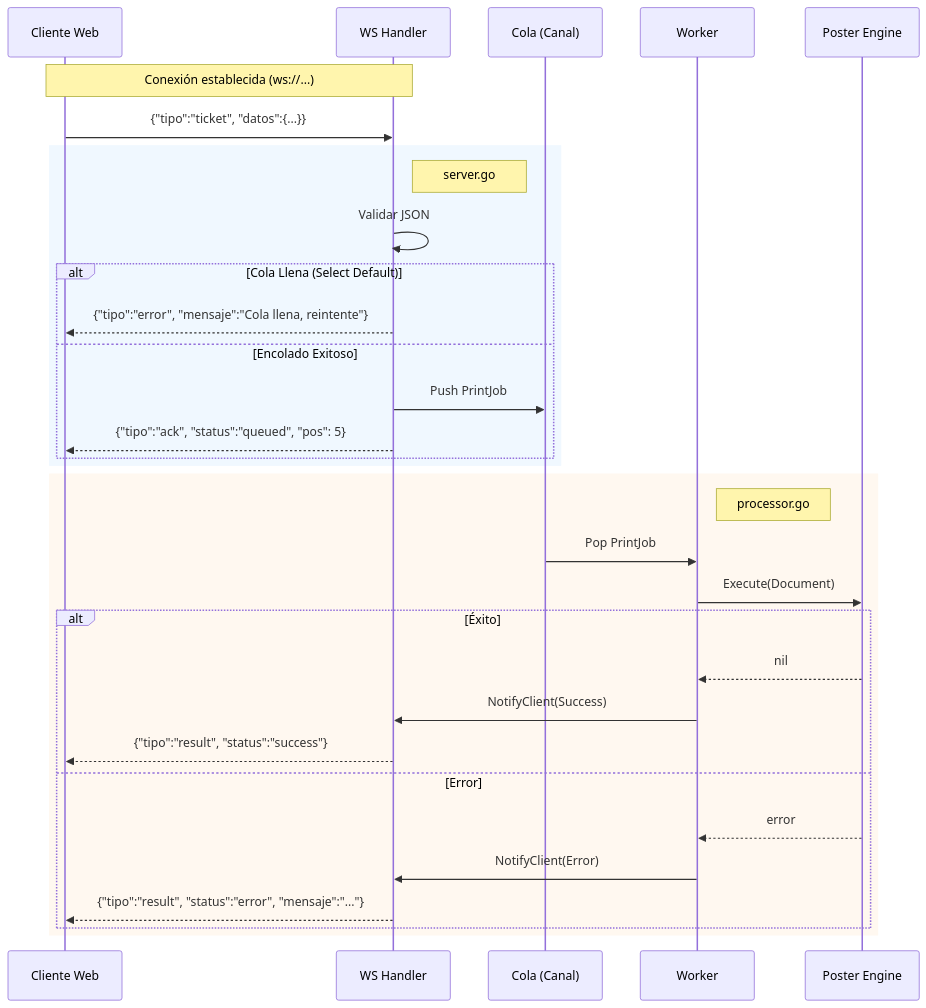
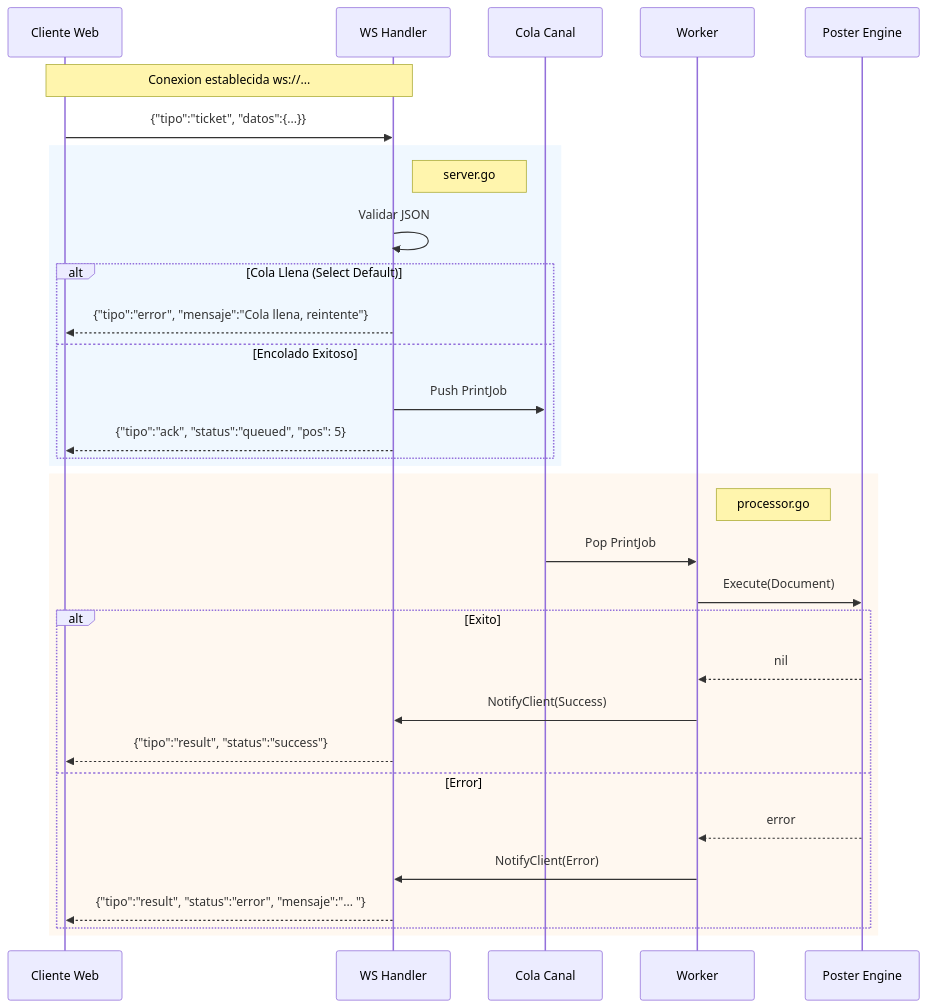
The third of 3 diagrams in README.md (adcondev/ticket-daemon), drawn with Mermaid before and after one commit. The commit also changed other lines of this file and 5 other files, not shown here.

````diff
--- a/README.md
+++ b/README.md
@@ -96,39 +91,38 @@
 ```mermaid
 sequenceDiagram
     participant C as Cliente Web
     participant H as WS Handler
-    participant Q as Cola (Canal)
+    participant Q as Cola Canal
     participant W as Worker
     participant P as Poster Engine
-    Note over C, H: Conexión establecida (ws://...)
+    Note over C, H: Conexion establecida ws://...
     C ->> H: {"tipo":"ticket", "datos":{...}}
 
     rect rgb(240, 248, 255)
         Note right of H: server.go
         H ->> H: Validar JSON
 
         alt Cola Llena (Select Default)
             H -->> C: {"tipo":"error", "mensaje":"Cola llena, reintente"}
         else Encolado Exitoso
             H ->> Q: Push PrintJob
             H -->> C: {"tipo":"ack", "status":"queued", "pos": 5}
         end
     end
 
     rect rgb(255, 248, 240)
         Note right of W: processor.go
         Q ->> W: Pop PrintJob
         W ->> P: Execute(Document)
 
-        alt Éxito
+        alt Exito
             P -->> W: nil
             W ->> H: NotifyClient(Success)
             H -->> C: {"tipo":"result", "status":"success"}
         else Error
             P -->> W: error
             W ->> H: NotifyClient(Error)
-            H -->> C: {"tipo":"result", "status":"error", "mensaje":"..."}
+            H -->> C: {"tipo":"result", "status":"error", "mensaje":"... "}
         end
     end
-
 ```
````
